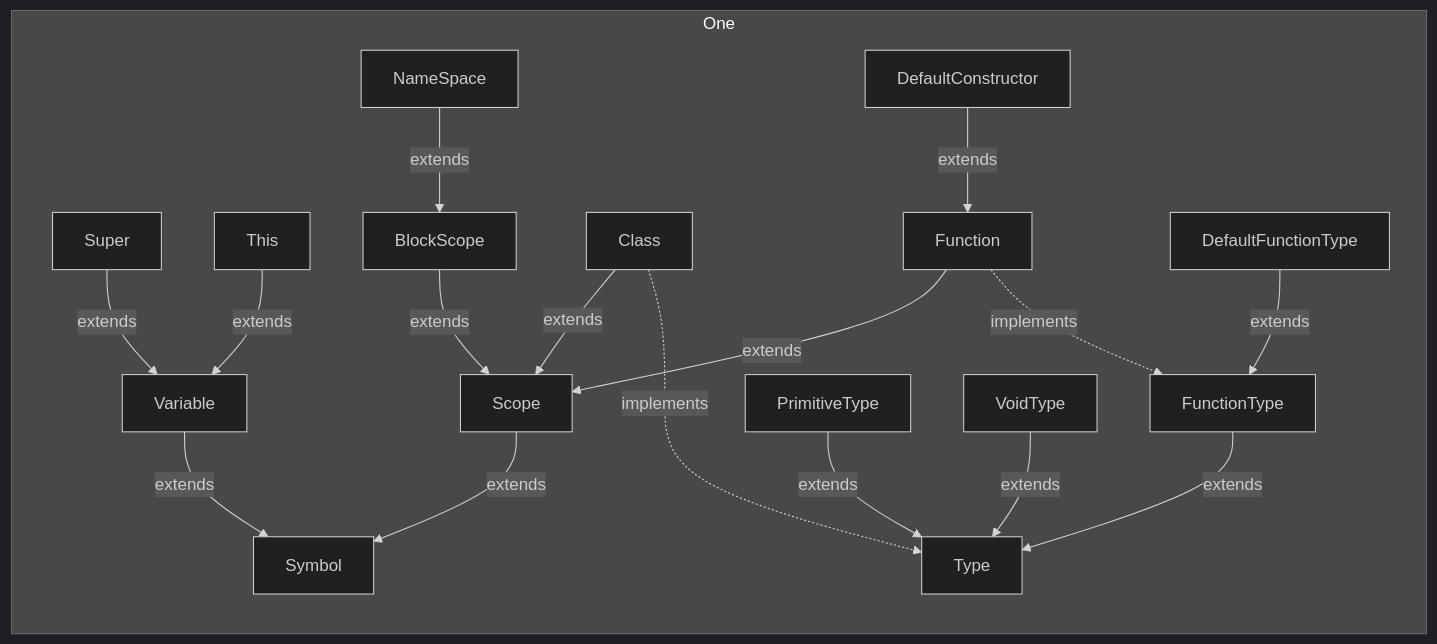
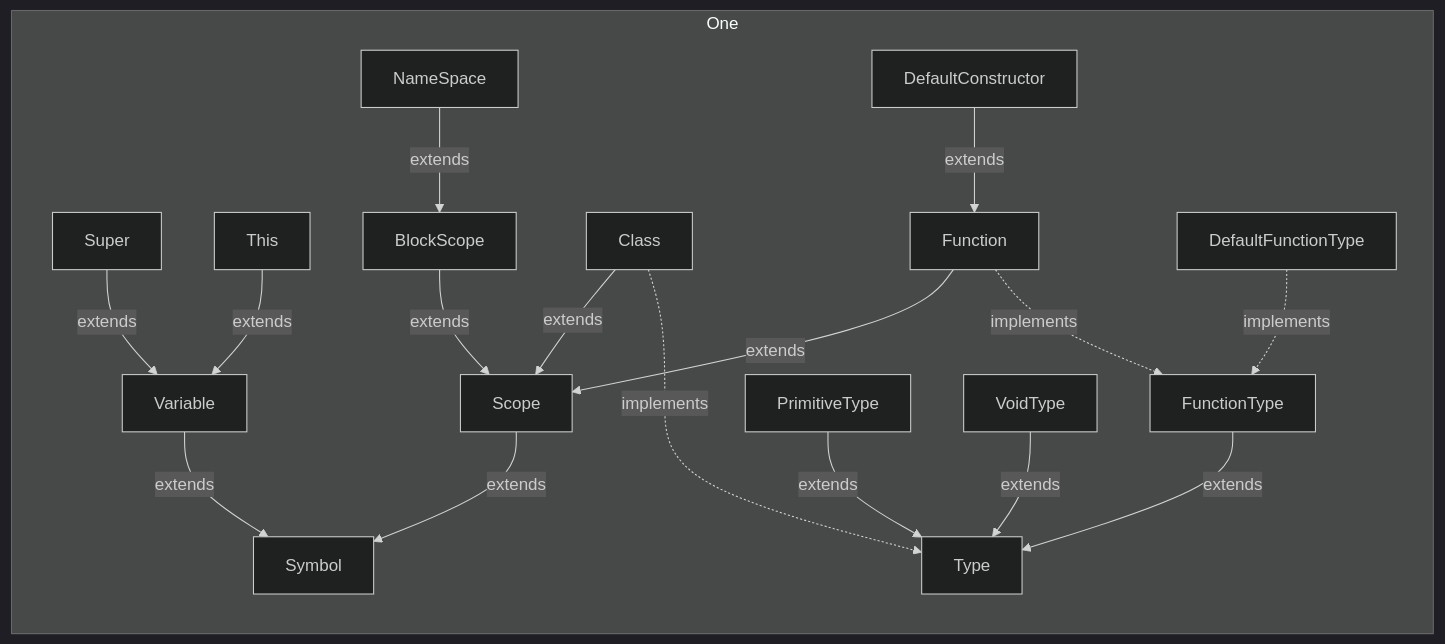
The first of 4 diagrams in playscript-cpp/class_structure_java.md (kai-xie/play-with-compiler), drawn with Mermaid (dark theme) before and after one commit. The commit also changed 12 other files, not shown here.

````diff
--- a/playscript-cpp/class_structure_java.md
+++ b/playscript-cpp/class_structure_java.md
@@ -3,20 +3,20 @@
 ```mermaid
 graph BT
   subgraph One
   Scope -- extends --> Symbol
   Variable -- extends --> Symbol
   Super -- extends --> Variable
   This -- extends --> Variable
   BlockScope -- extends --> Scope
   NameSpace -- extends --> BlockScope
   Class -- extends --> Scope
   Class -.-> |implements| Type
   FunctionType -- extends --> Type
   Function -- extends --> Scope
   Function -.-> |implements| FunctionType
   PrimitiveType -- extends --> Type
   VoidType -- extends --> Type
   DefaultConstructor -- extends --> Function
-  DefaultFunctionType -- extends --> FunctionType
+  DefaultFunctionType -.-> |implements| FunctionType
   end
 ```
````
